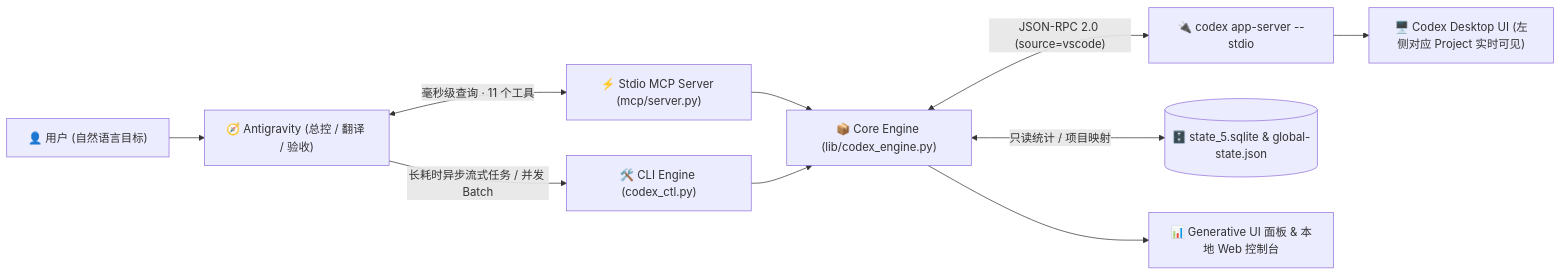
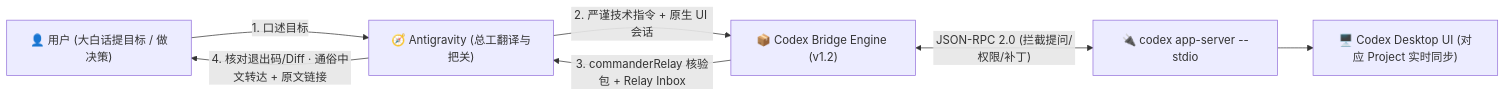
One commit to Gurara-nya/antigravity-codex-bridge changed the diagram in README.md. Above: the diagram before and after it, drawn with Mermaid. The commit also changed other lines of this file and 12 other files, not shown here.

Commit message:
feat: release v1.2.0 with mandatory Commander Relay inbox, callback interception & port 18765

````diff
--- a/README.md
+++ b/README.md
@@ -45,12 +46,9 @@
 ```mermaid
 flowchart LR
-    U["👤 用户 (自然语言目标)"] --> AGY["🧭 Antigravity (总控 / 翻译 / 验收)"]
-    AGY <-->|"毫秒级查询 · 11 个工具"| MCP["⚡ Stdio MCP Server (mcp/server.py)"]
-    AGY -->|"长耗时异步流式任务 / 并发 Batch"| CTL["🛠️ CLI Engine (codex_ctl.py)"]
-    MCP --> ENG["📦 Core Engine (lib/codex_engine.py)"]
-    CTL --> ENG
-    ENG <-->|"JSON-RPC 2.0 (source=vscode)"| APP["🔌 codex app-server --stdio"]
-    ENG <-->|"只读统计 / 项目映射"| DB[("🗄️ state_5.sqlite & global-state.json")]
-    APP --> UI["🖥️ Codex Desktop UI (左侧对应 Project 实时可见)"]
-    ENG --> VIS["📊 Generative UI 面板 & 本地 Web 控制台"]
+    U["👤 用户 (大白话提目标 / 做决策)"] -->|"1. 口述目标"| AGY["🧭 Antigravity (总工翻译与把关)"]
+    AGY -->|"2. 严谨技术指令 + 原生 UI 会话"| ENG["📦 Codex Bridge Engine (v1.2)"]
+    ENG <-->|"JSON-RPC 2.0 (拦截提问/权限/补丁)"| APP["🔌 codex app-server --stdio"]
+    APP --> UI["🖥️ Codex Desktop UI (对应 Project 实时同步)"]
+    ENG -->|"3. commanderRelay 核验包 + Relay Inbox"| AGY
+    AGY -->|"4. 核对退出码/Diff · 通俗中文转达 + 原文链接"| U
 ```
````
